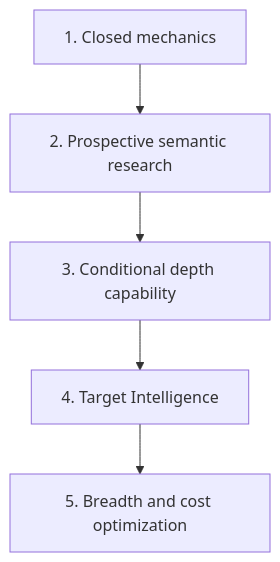
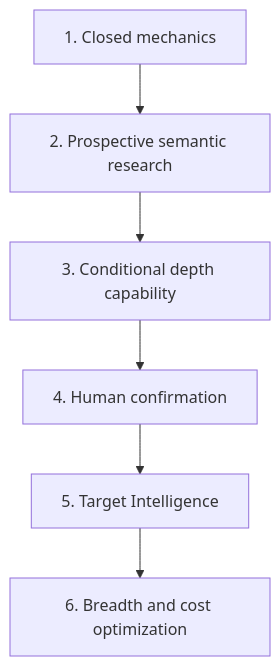
Before and after one commit to momoponwork1415-lgtm/wordpress-harness: the first of 8 diagrams in docs/design/roadmap.md, drawn with Mermaid. The commit also changed other lines of this file and 100 other files, not shown here.

````diff
--- a/docs/design/roadmap.md
+++ b/docs/design/roadmap.md
@@ -11,10 +11,11 @@
 ```mermaid
 flowchart TB
     m1["1. Closed mechanics"]
     m2["2. Prospective semantic research"]
     m3["3. Conditional depth capability"]
-    m4["4. Target Intelligence"]
-    m5["5. Breadth and cost optimization"]
+    m4["4. Human confirmation"]
+    m5["5. Target Intelligence"]
+    m6["6. Breadth and cost optimization"]
 
-    m1 --> m2 --> m3 --> m4 --> m5
+    m1 --> m2 --> m3 --> m4 --> m5 --> m6
 ```
````
